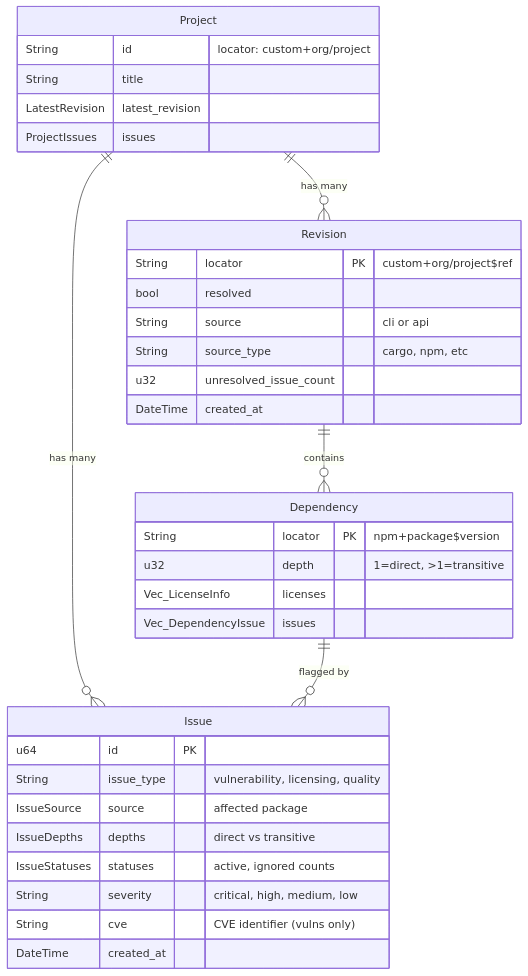
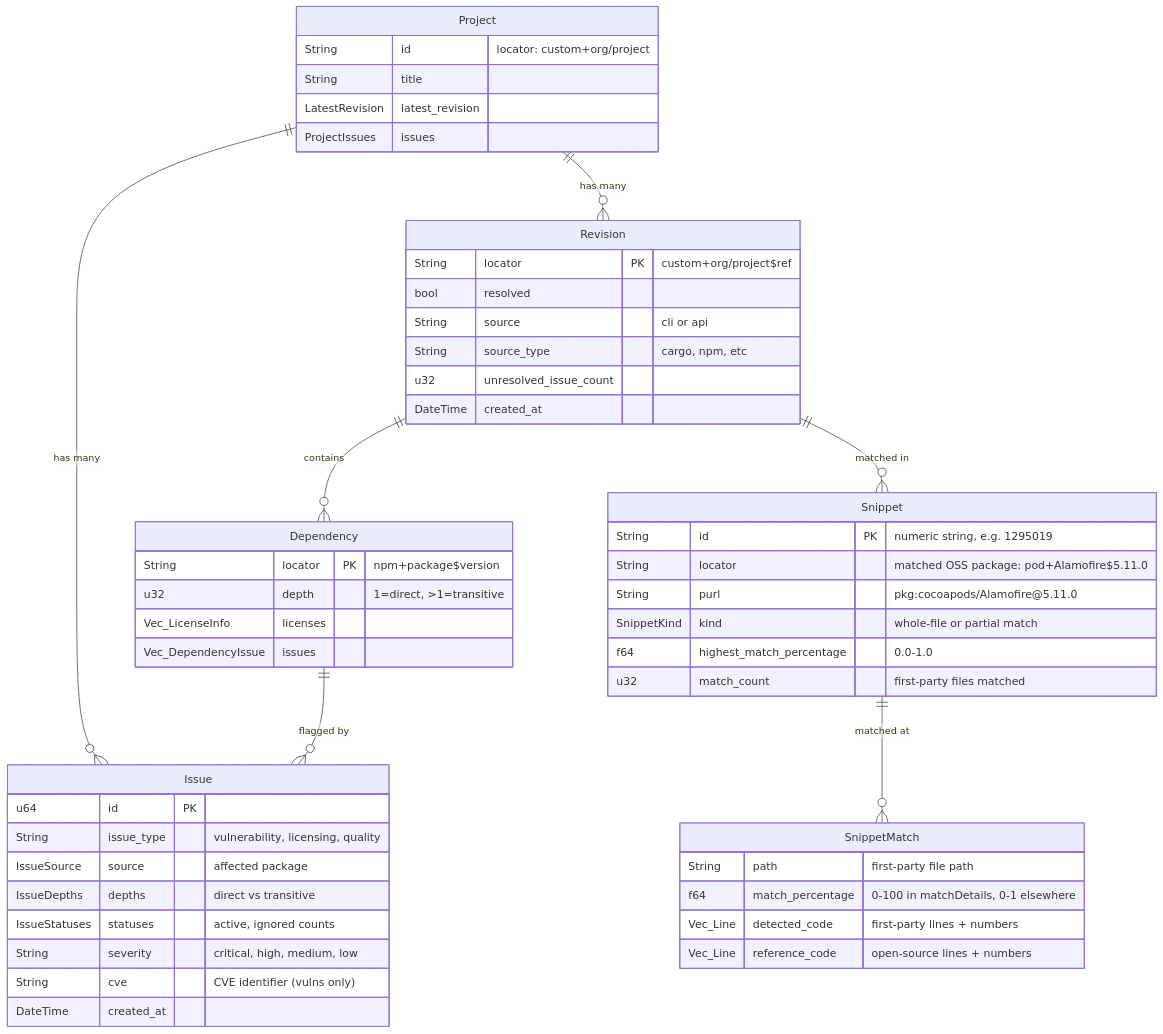
The diagram in CLAUDE.md (fossas/fossapi), drawn with Mermaid before and after one commit. The commit also changed other lines of this file and 4 other files, not shown here.

````diff
--- a/CLAUDE.md
+++ b/CLAUDE.md
@@ -36,41 +36,59 @@
 ```mermaid
 erDiagram
     Project ||--o{ Revision : "has many"
     Project ||--o{ Issue : "has many"
     Revision ||--o{ Dependency : "contains"
+    Revision ||--o{ Snippet : "matched in"
     Dependency ||--o{ Issue : "flagged by"
+    Snippet ||--o{ SnippetMatch : "matched at"
 
     Project {
         String id "locator: custom+org/project"
         String title
         LatestRevision latest_revision
         ProjectIssues issues
     }
 
     Revision {
         String locator PK "custom+org/project$ref"
         bool resolved
         String source "cli or api"
         String source_type "cargo, npm, etc"
         u32 unresolved_issue_count
         DateTime created_at
     }
 
     Dependency {
         String locator PK "npm+package$version"
         u32 depth "1=direct, >1=transitive"
         Vec_LicenseInfo licenses
         Vec_DependencyIssue issues
     }
 
     Issue {
         u64 id PK
         String issue_type "vulnerability, licensing, quality"
         IssueSource source "affected package"
         IssueDepths depths "direct vs transitive"
         IssueStatuses statuses "active, ignored counts"
         String severity "critical, high, medium, low"
         String cve "CVE identifier (vulns only)"
         DateTime created_at
     }
+
+    Snippet {
+        String id PK "numeric string, e.g. 1295019"
+        String locator "matched OSS package: pod+Alamofire$5.11.0"
+        String purl "pkg:cocoapods/Alamofire@5.11.0"
+        SnippetKind kind "whole-file or partial match"
+        f64 highest_match_percentage "0.0-1.0"
+        u32 match_count "first-party files matched"
+    }
+
+    SnippetMatch {
+        String path "first-party file path"
+        f64 match_percentage "0-100 in matchDetails, 0-1 elsewhere"
+        Vec_Line detected_code "first-party lines + numbers"
+        Vec_Line reference_code "open-source lines + numbers"
+    }
 ```
````
